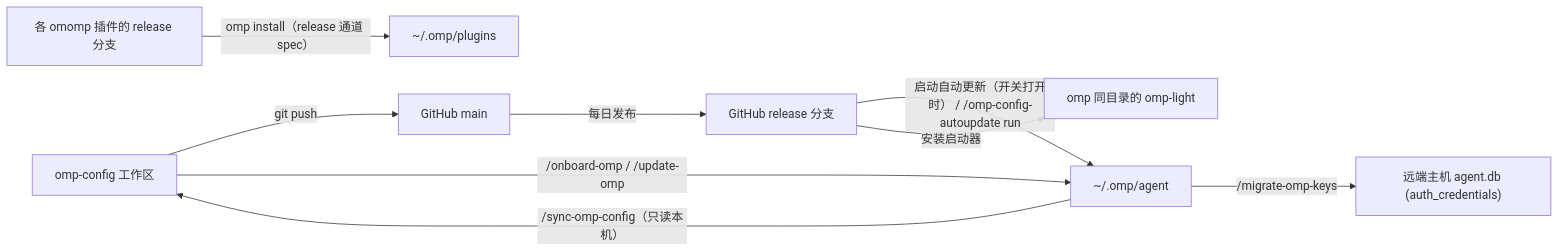
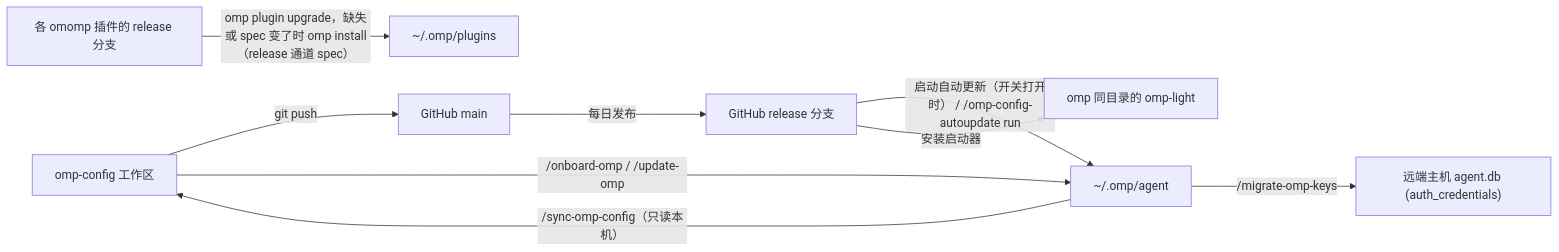
Before and after one commit to oh-my-omp/omp-config: the diagram in docs/operations.zh-CN.md, drawn with Mermaid. The commit also changed other lines of this file and 7 other files, not shown here.

First line of the commit message:
feat(omp-config-autoupdate): refreshed required and optional plugins on every auto-update run

````diff
--- a/docs/operations.zh-CN.md
+++ b/docs/operations.zh-CN.md
@@ -5,11 +5,11 @@
 ```mermaid
 flowchart LR
   repo["omp-config 工作区"] -->|"git push"| gh["GitHub main"]
   gh -->|"每日发布"| rel["GitHub release 分支"]
   rel -->|"启动自动更新（开关打开时） / /omp-config-autoupdate run"| local["~/.omp/agent"]
   repo -->|"/onboard-omp / /update-omp"| local
   local -->|"/sync-omp-config（只读本机）"| repo
   rel -->|"安装启动器"| light["omp 同目录的 omp-light"]
-  prel["各 omomp 插件的 release 分支"] -->|"omp install（release 通道 spec）"| plugins["~/.omp/plugins"]
+  prel["各 omomp 插件的 release 分支"] -->|"omp plugin upgrade，缺失或 spec 变了时 omp install（release 通道 spec）"| plugins["~/.omp/plugins"]
   local -->|"/migrate-omp-keys"| remote["远端主机 agent.db (auth_credentials)"]
 ```
````
